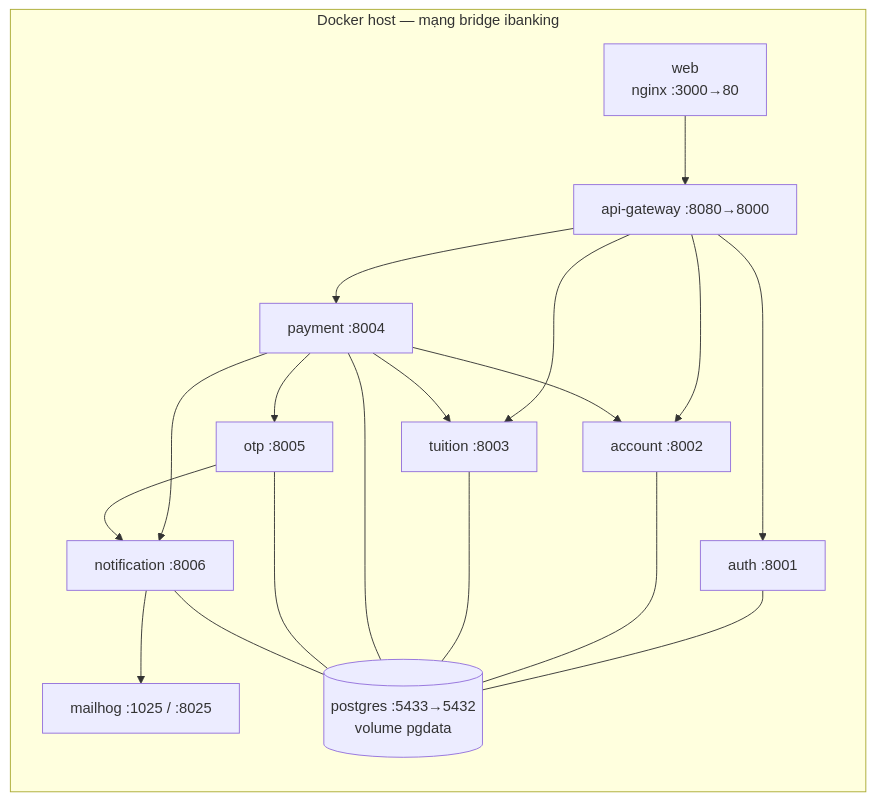
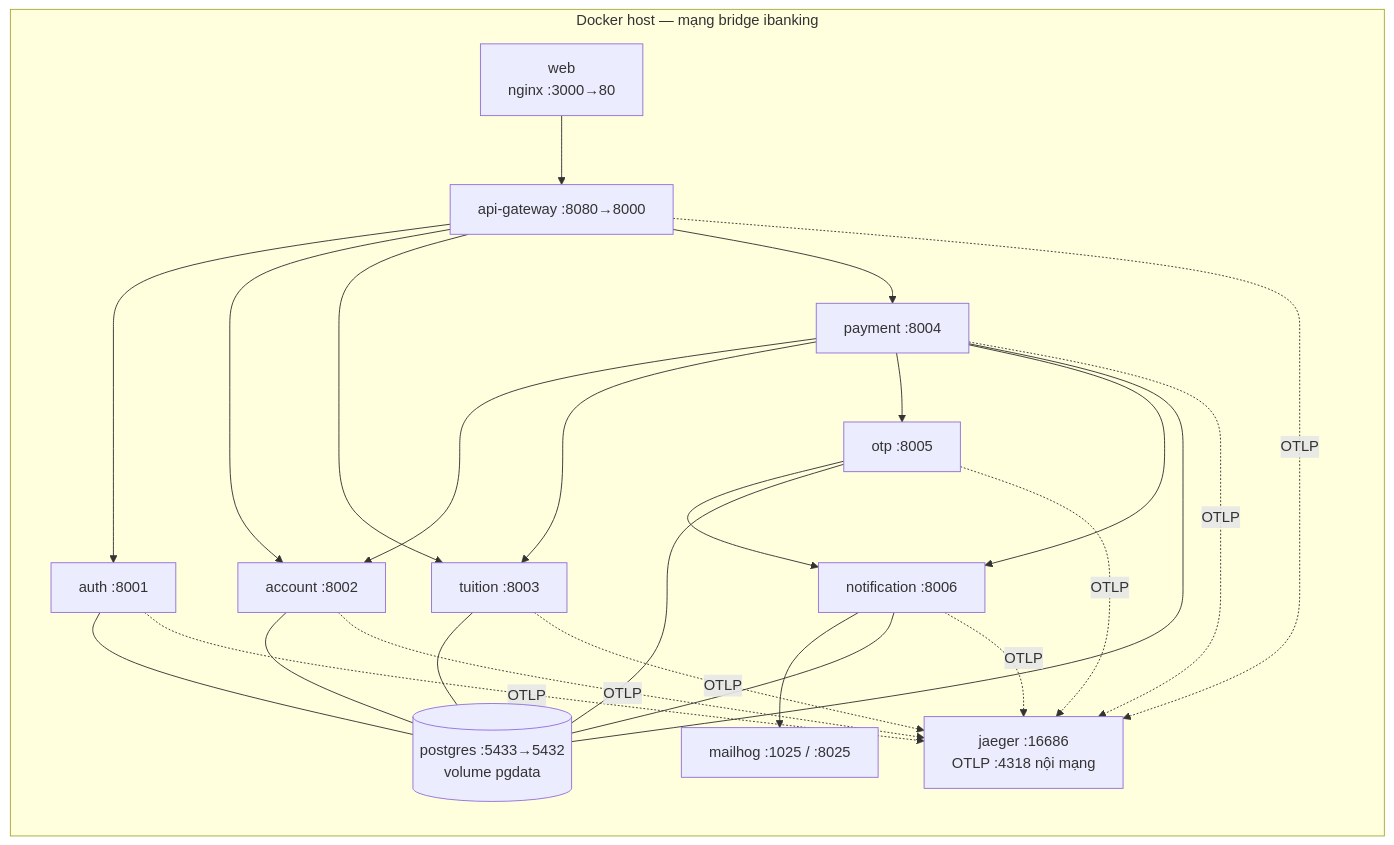
The third of 3 diagrams in docs/02-kien-truc-microservices.md (vincentminhkarma/soa-ibanking-hoc-phi), drawn with Mermaid before and after one commit. The commit also changed other lines of this file and 81 other files, not shown here.

````diff
--- a/docs/02-kien-truc-microservices.md
+++ b/docs/02-kien-truc-microservices.md
@@ -207,20 +217,22 @@
 ```mermaid
 flowchart LR
     subgraph HOST["Docker host — mạng bridge ibanking"]
         direction TB
         W["web<br/>nginx :3000→80"]
         G["api-gateway :8080→8000"]
         S1["auth :8001"]
         S2["account :8002"]
         S3["tuition :8003"]
         S4["payment :8004"]
         S5["otp :8005"]
         S6["notification :8006"]
         PG[("postgres :5433→5432<br/>volume pgdata")]
         MH["mailhog :1025 / :8025"]
+        J["jaeger :16686<br/>OTLP :4318 nội mạng"]
     end
     W --> G --> S1 & S2 & S3 & S4
     S4 --> S2 & S3 & S5 & S6
     S5 --> S6 --> MH
     S1 & S2 & S3 & S4 & S5 & S6 --- PG
+    G & S1 & S2 & S3 & S4 & S5 & S6 -.->|OTLP| J
 ```
````
